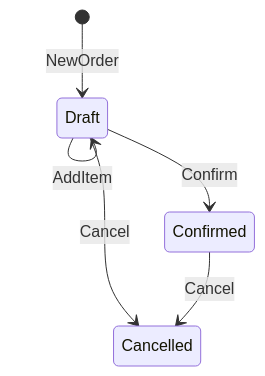
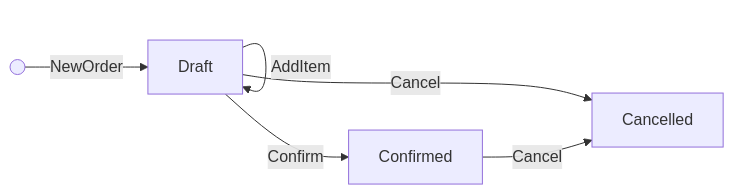
One commit to 135yshr/documents changed the first of 2 diagrams in articles/4afd548d07480a.md. Above: the diagram before and after it, drawn with Mermaid. The commit also changed other lines of this file, not shown here.

````diff
--- a/articles/4afd548d07480a.md
+++ b/articles/4afd548d07480a.md
@@ -262,8 +262,8 @@
 ```mermaid
-stateDiagram-v2
-    [*] --> Draft : NewOrder
-    Draft --> Draft : AddItem
-    Draft --> Confirmed : Confirm
-    Draft --> Cancelled : Cancel
-    Confirmed --> Cancelled : Cancel
+flowchart LR
+    Start(( )) -->|NewOrder| Draft
+    Draft -->|AddItem| Draft
+    Draft -->|Confirm| Confirmed
+    Draft -->|Cancel| Cancelled
+    Confirmed -->|Cancel| Cancelled
 ```
````
